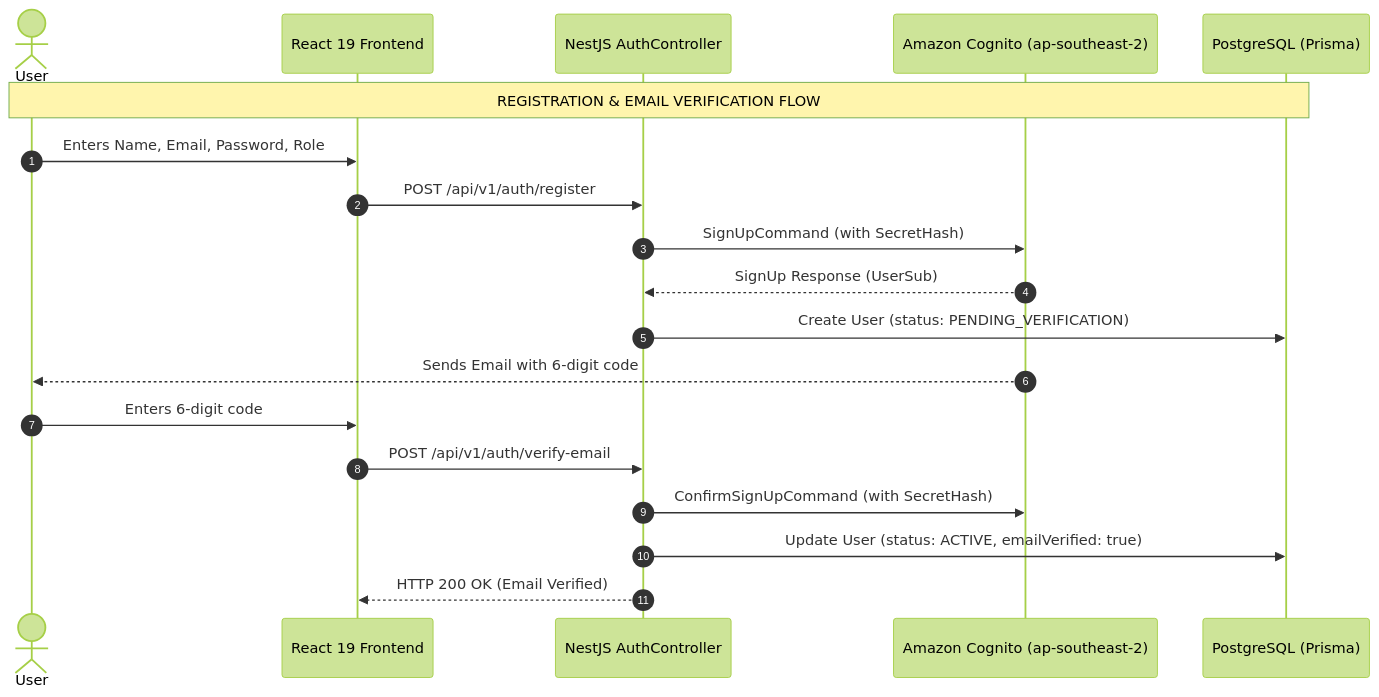
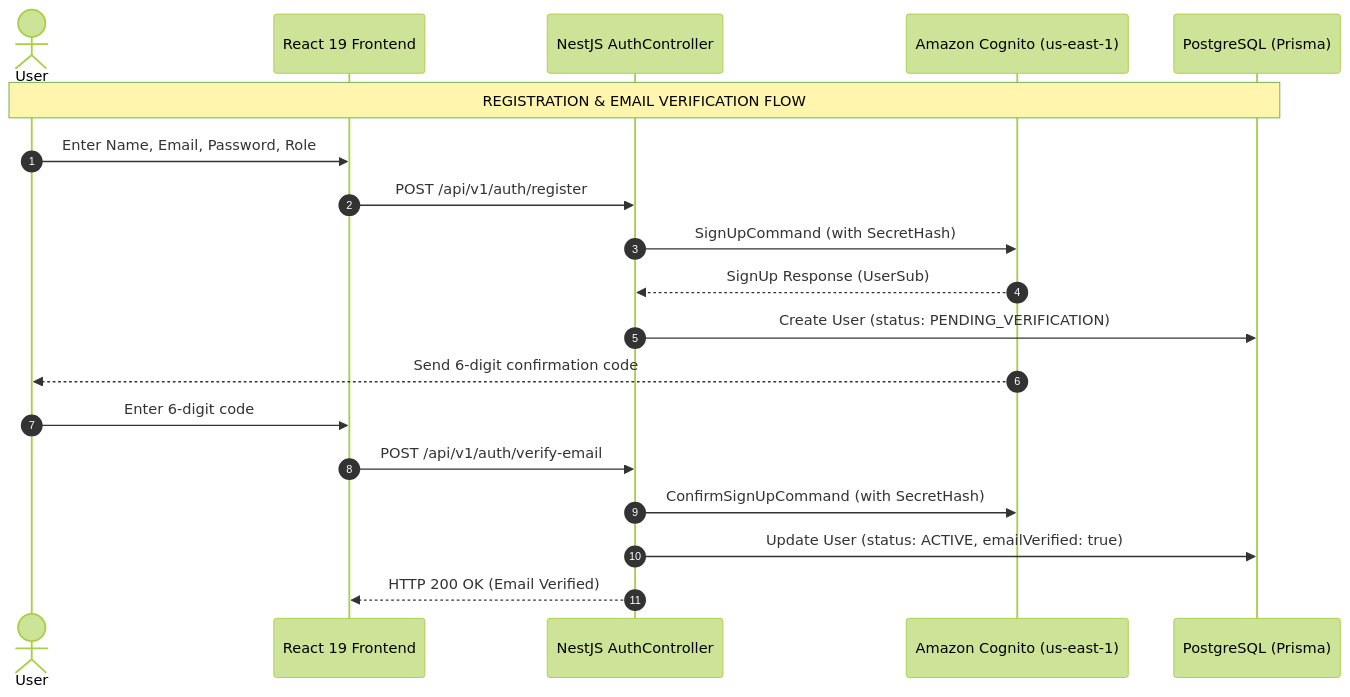
The second of 2 diagrams in content/3-BlogsPosted/3.1-Blog1/_index.md (KelvinPhans/fcj-workshop), drawn with Mermaid (forest theme) before and after one commit. The commit also changed other lines of this file and 65 other files, not shown here.

````diff
--- a/content/3-BlogsPosted/3.1-Blog1/_index.md
+++ b/content/3-BlogsPosted/3.1-Blog1/_index.md
@@ -44,22 +44,22 @@
 ```mermaid
 sequenceDiagram
     autonumber
     actor User as User
     participant FE as React 19 Frontend
     participant BE as NestJS AuthController
-    participant Cog as Amazon Cognito (ap-southeast-2)
+    participant Cog as Amazon Cognito (us-east-1)
     participant DB as PostgreSQL (Prisma)
 
     Note over User, DB: REGISTRATION & EMAIL VERIFICATION FLOW
-    User->>FE: Enters Name, Email, Password, Role
+    User->>FE: Enter Name, Email, Password, Role
     FE->>BE: POST /api/v1/auth/register
     BE->>Cog: SignUpCommand (with SecretHash)
     Cog-->>BE: SignUp Response (UserSub)
     BE->>DB: Create User (status: PENDING_VERIFICATION)
-    Cog-->>User: Sends Email with 6-digit code
-    User->>FE: Enters 6-digit code
+    Cog-->>User: Send 6-digit confirmation code
+    User->>FE: Enter 6-digit code
     FE->>BE: POST /api/v1/auth/verify-email
     BE->>Cog: ConfirmSignUpCommand (with SecretHash)
     BE->>DB: Update User (status: ACTIVE, emailVerified: true)
     BE-->>FE: HTTP 200 OK (Email Verified)
 ```
````
